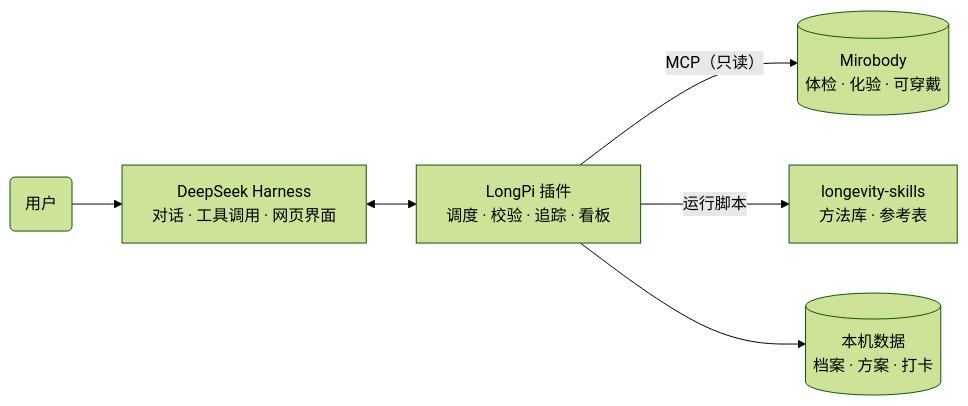
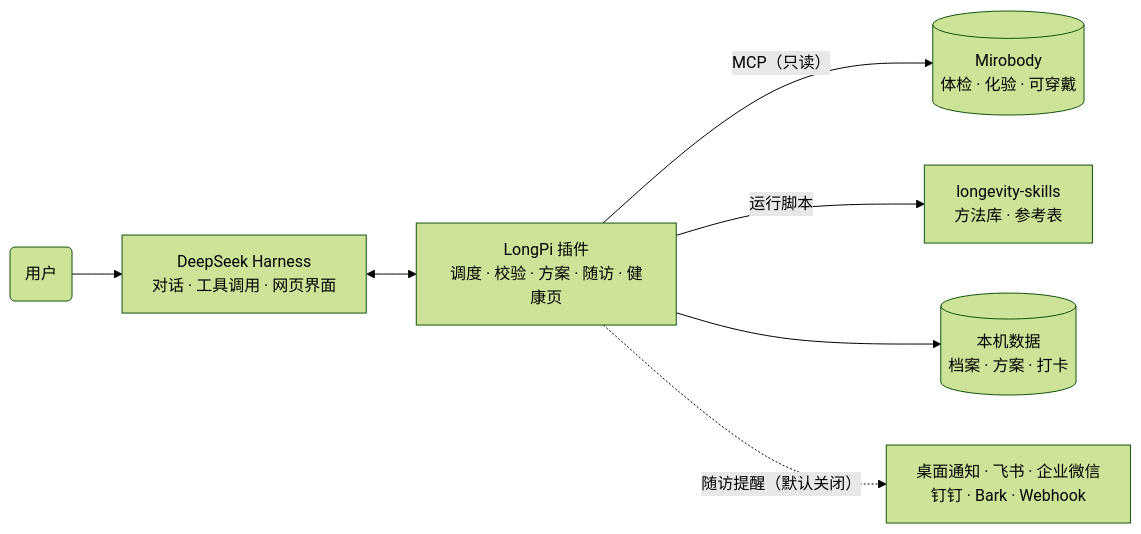
One commit to zwbao/dsh-plugin-longpi changed the diagram in README.zh.md. Above: the diagram before and after it, drawn with Mermaid (forest theme). The commit also changed other lines of this file and 9 other files, not shown here.

````diff
--- a/README.zh.md
+++ b/README.zh.md
@@ -55,8 +68,9 @@
 ```mermaid
 flowchart LR
     U(用户) --> DSH["DeepSeek Harness<br/>对话 · 工具调用 · 网页界面"]
-    DSH <--> LP["LongPi 插件<br/>调度 · 校验 · 追踪 · 看板"]
+    DSH <--> LP["LongPi 插件<br/>调度 · 校验 · 方案 · 随访 · 健康页"]
     LP -- "MCP（只读）" --> MB[("Mirobody<br/>体检 · 化验 · 可穿戴")]
     LP -- "运行脚本" --> SK["longevity-skills<br/>方法库 · 参考表"]
     LP --> LD[("本机数据<br/>档案 · 方案 · 打卡")]
+    LP -. "随访提醒（默认关闭）" .-> CH["桌面通知 · 飞书 · 企业微信<br/>钉钉 · Bark · Webhook"]
 ```
````
